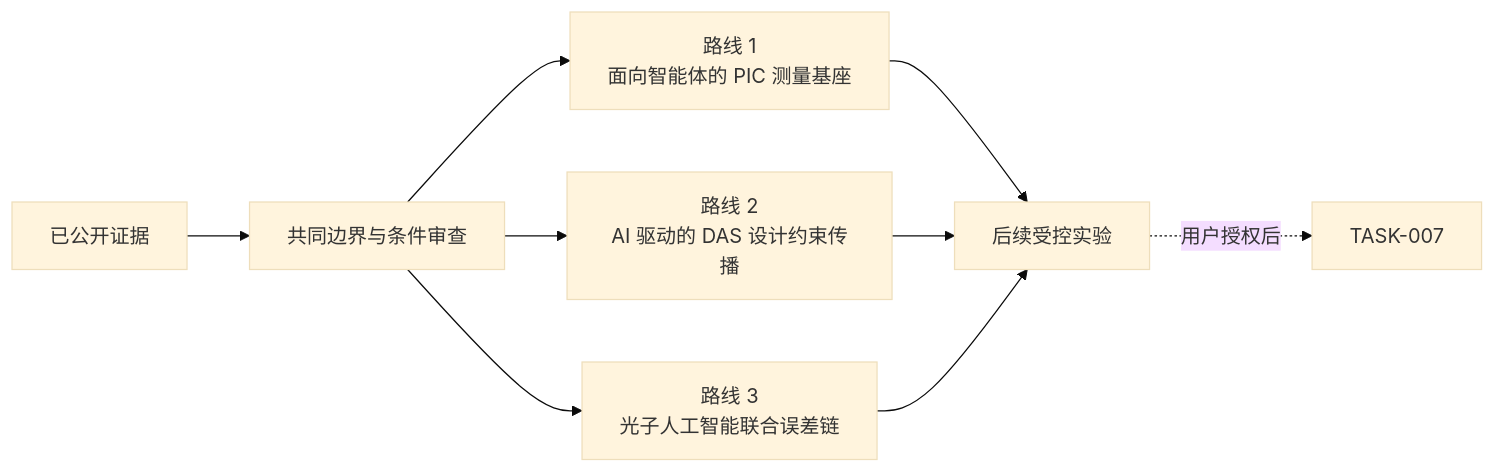
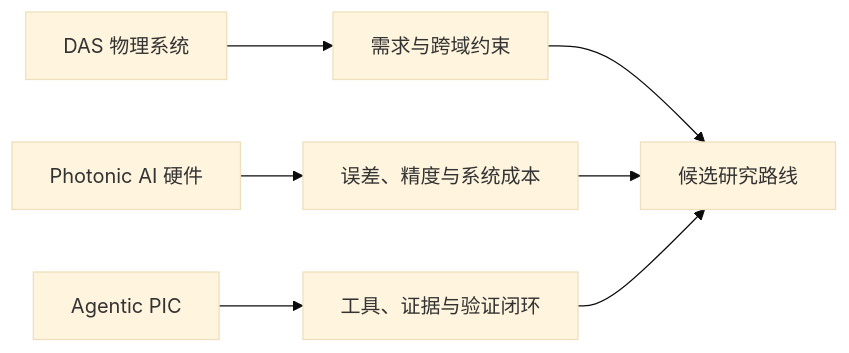
One commit to LlewynDavis/PIC_Harness_Research changed the diagram in portal/docs/index.md. Above: the diagram before and after it, drawn with Mermaid (base theme). The commit also changed other lines of this file and 36 other files, not shown here.

````diff
--- a/portal/docs/index.md
+++ b/portal/docs/index.md
@@ -40,11 +30,9 @@
 ```mermaid
 flowchart LR
-  E[已公开证据] --> C[共同边界与条件审查]
-  C --> R1[路线 1<br/>面向智能体的 PIC 测量基座]
-  C --> R2[路线 2<br/>AI 驱动的 DAS 设计约束传播]
-  C --> R3[路线 3<br/>光子人工智能联合误差链]
-  R1 --> X[后续受控实验]
-  R2 --> X
-  R3 --> X
-  X -. 用户授权后 .-> T7[TASK-007]
+  A[DAS 物理系统] --> X[需求与跨域约束]
+  B[Photonic AI 硬件] --> Y[误差、精度与系统成本]
+  C[Agentic PIC] --> Z[工具、证据与验证闭环]
+  X --> R[候选研究路线]
+  Y --> R
+  Z --> R
 ```
````
